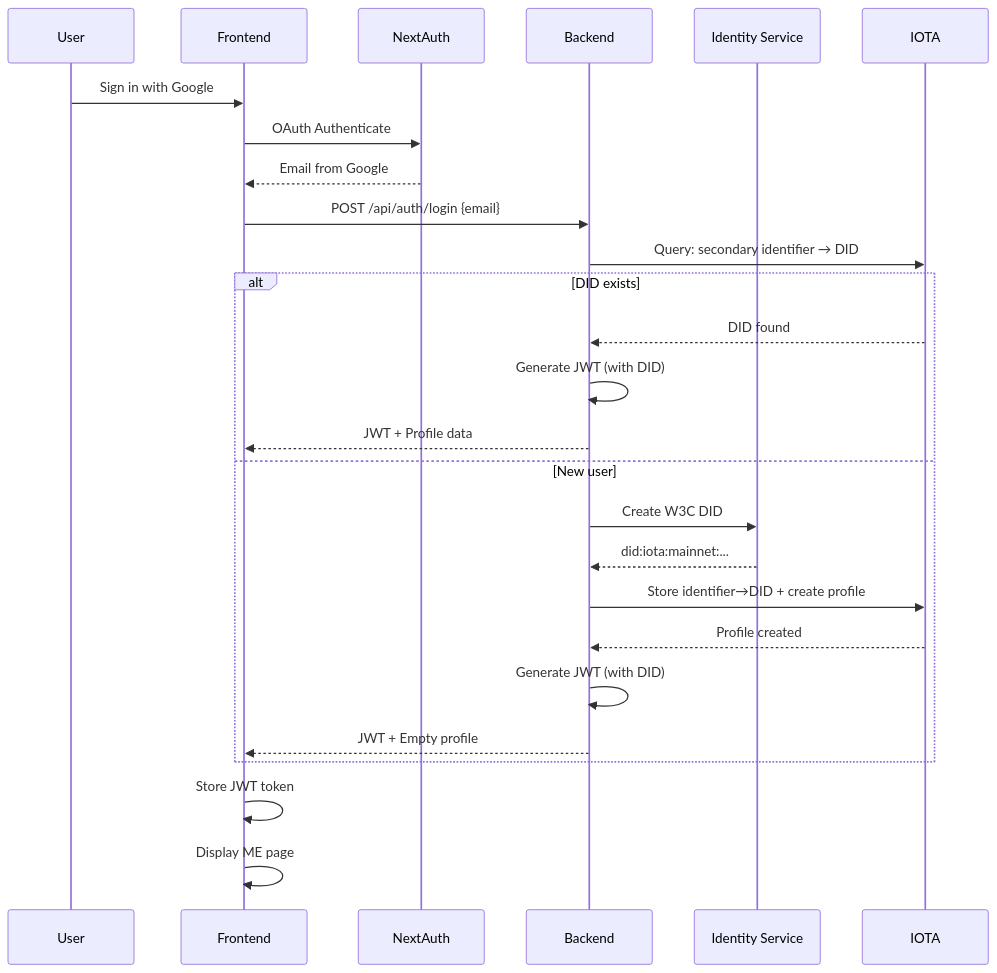
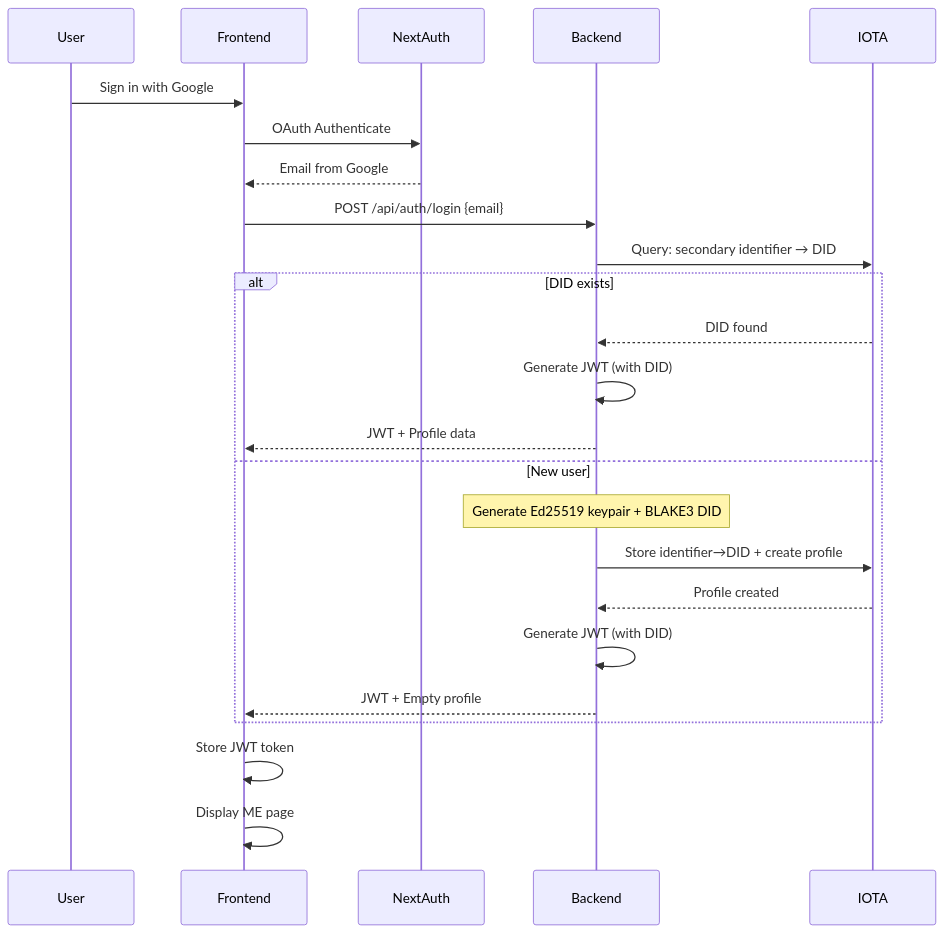
One commit to theweboftrust/wot.id-public-docs changed the seventh of 7 diagrams in 02_System_Architecture.md. Above: the diagram before and after it, drawn with Mermaid. The commit also changed other lines of this file, not shown here.

````diff
--- a/02_System_Architecture.md
+++ b/02_System_Architecture.md
@@ -944,32 +923,30 @@
 ```mermaid
 sequenceDiagram
     participant User
     participant Frontend
     participant NextAuth
     participant Backend
-    participant IdentityService as Identity Service
     participant IOTA
 
     User->>Frontend: Sign in with Google
     Frontend->>NextAuth: OAuth Authenticate
     NextAuth-->>Frontend: Email from Google
-    
+
     Frontend->>Backend: POST /api/auth/login {email}
     Backend->>IOTA: Query: secondary identifier → DID
-    
+
     alt DID exists
         IOTA-->>Backend: DID found
         Backend->>Backend: Generate JWT (with DID)
         Backend-->>Frontend: JWT + Profile data
     else New user
-        Backend->>IdentityService: Create W3C DID
-        IdentityService-->>Backend: did:iota:mainnet:...
+        Note over Backend: Generate Ed25519 keypair + BLAKE3 DID
         Backend->>IOTA: Store identifier→DID + create profile
         IOTA-->>Backend: Profile created
         Backend->>Backend: Generate JWT (with DID)
         Backend-->>Frontend: JWT + Empty profile
     end
     
     Frontend->>Frontend: Store JWT token
     Frontend->>Frontend: Display ME page
 ```
````
